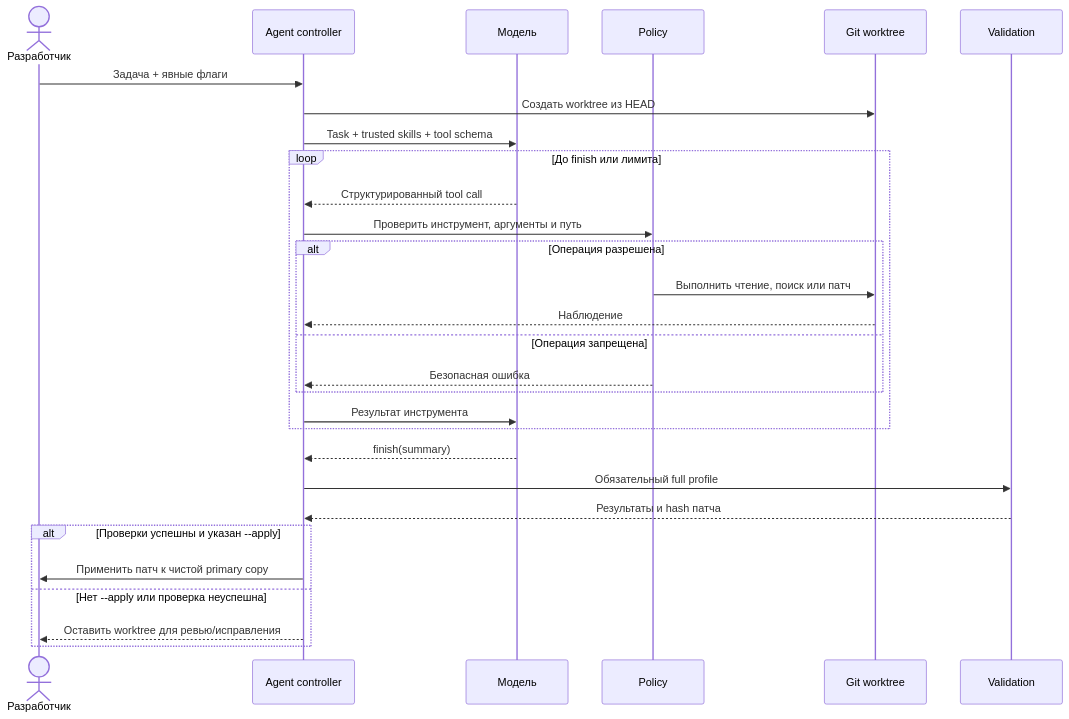
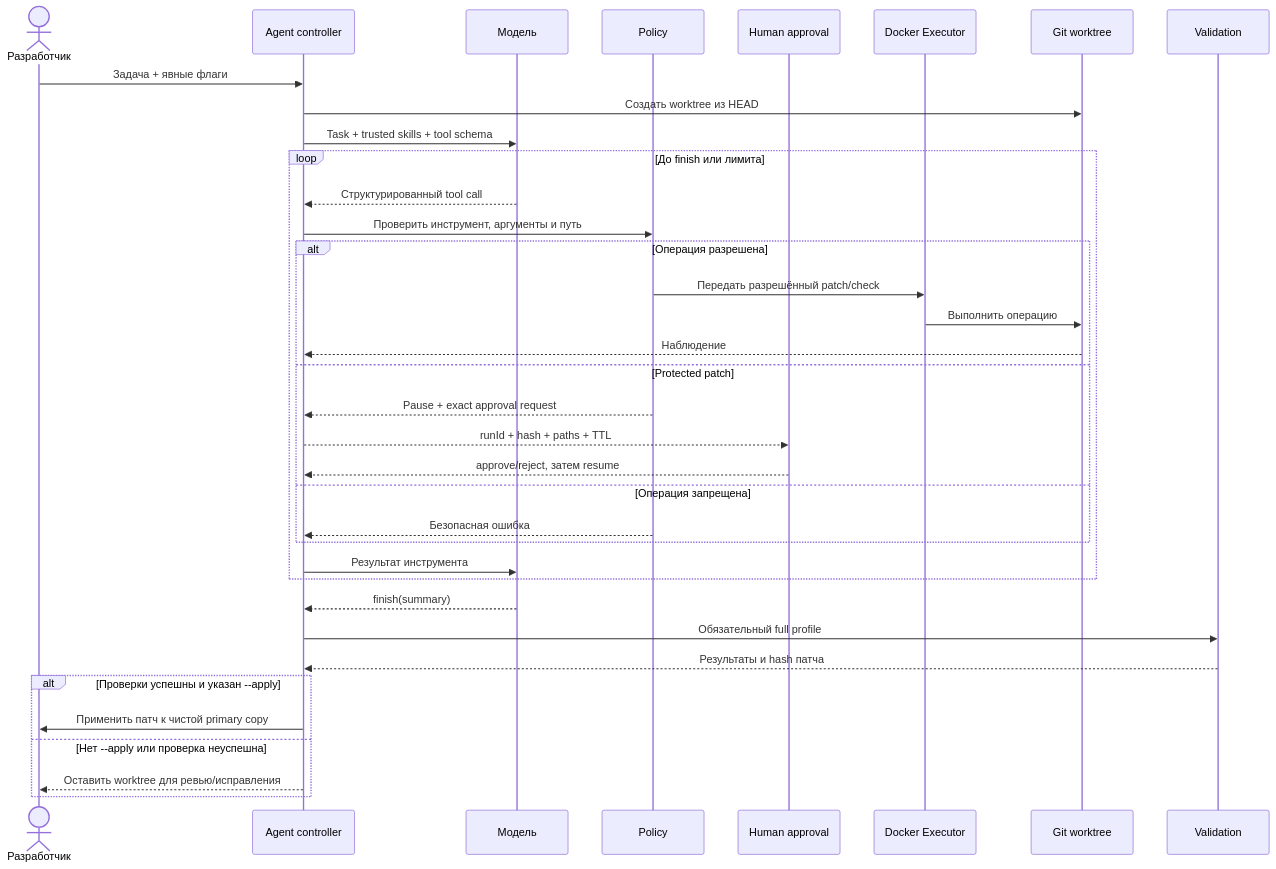
Before and after one commit to Vlodzimej/iona: the third of 4 diagrams in docs/architecture.md, drawn with Mermaid. The commit also changed other lines of this file and 41 other files, not shown here.

````diff
--- a/docs/architecture.md
+++ b/docs/architecture.md
@@ -124,32 +130,39 @@
 ```mermaid
 sequenceDiagram
     actor U as Разработчик
     participant A as Agent controller
     participant M as Модель
     participant P as Policy
+    participant H as Human approval
+    participant E as Docker Executor
     participant W as Git worktree
     participant V as Validation
 
     U->>A: Задача + явные флаги
     A->>W: Создать worktree из HEAD
     A->>M: Task + trusted skills + tool schema
     loop До finish или лимита
         M-->>A: Структурированный tool call
         A->>P: Проверить инструмент, аргументы и путь
         alt Операция разрешена
-            P->>W: Выполнить чтение, поиск или патч
+            P->>E: Передать разрешённый patch/check
+            E->>W: Выполнить операцию
             W-->>A: Наблюдение
+        else Protected patch
+            P-->>A: Pause + exact approval request
+            A-->>H: runId + hash + paths + TTL
+            H-->>A: approve/reject, затем resume
         else Операция запрещена
             P-->>A: Безопасная ошибка
         end
         A->>M: Результат инструмента
     end
     M-->>A: finish(summary)
     A->>V: Обязательный full profile
     V-->>A: Результаты и hash патча
     alt Проверки успешны и указан --apply
         A->>U: Применить патч к чистой primary copy
     else Нет --apply или проверка неуспешна
         A-->>U: Оставить worktree для ревью/исправления
     end
 ```
````
